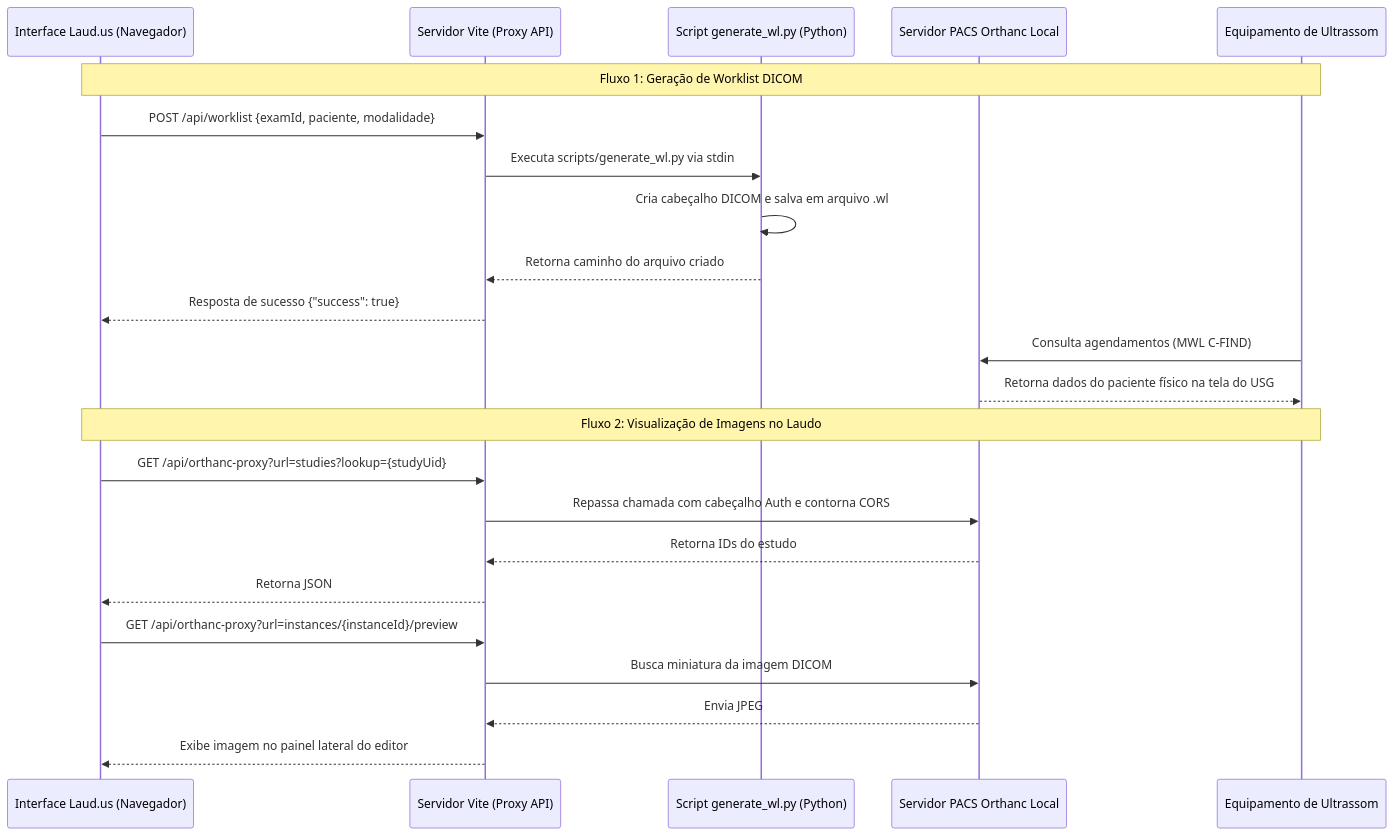
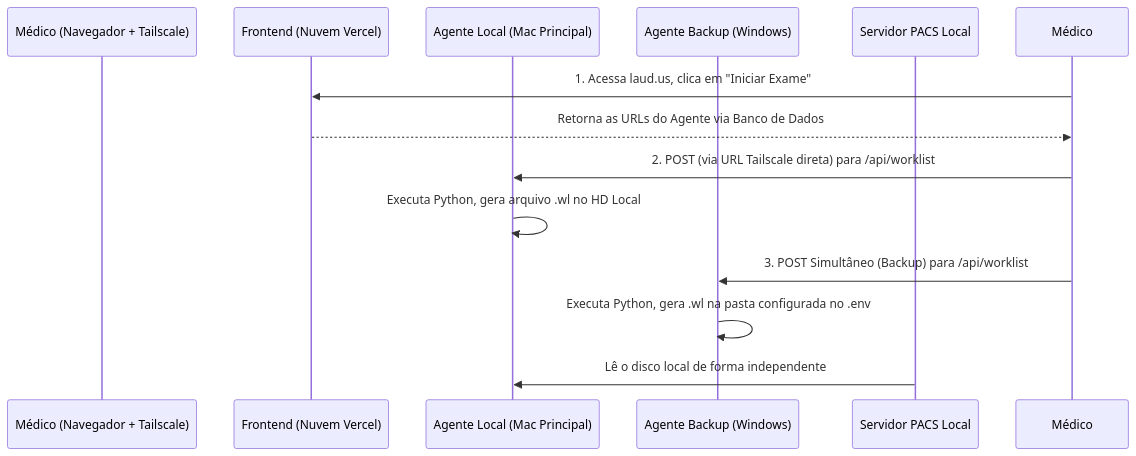
The diagram in README.md (Pires18/LAUDUS), drawn with Mermaid before and after one commit. The commit also changed other lines of this file and 1 other file, not shown here.

````diff
--- a/README.md
+++ b/README.md
@@ -151,27 +174,16 @@
 ```mermaid
 sequenceDiagram
-    participant UI as Interface Laud.us (Navegador)
-    participant Vite as Servidor Vite (Proxy API)
-    participant Py as Script generate_wl.py (Python)
-    participant Orthanc as Servidor PACS Orthanc Local
-    participant USG as Equipamento de Ultrassom
+    participant Médico (Navegador + Tailscale)
+    participant Vercel as Frontend (Nuvem Vercel)
+    participant Mac as Agente Local (Mac Principal)
+    participant Win as Agente Backup (Windows)
+    participant Orthanc as Servidor PACS Local
 
-    Note over UI,USG: Fluxo 1: Geração de Worklist DICOM
-    UI->>Vite: POST /api/worklist {examId, paciente, modalidade}
-    Vite->>Py: Executa scripts/generate_wl.py via stdin
-    Py->>Py: Cria cabeçalho DICOM e salva em arquivo .wl
-    Py-->>Vite: Retorna caminho do arquivo criado
-    Vite-->>UI: Resposta de sucesso {"success": true}
-    USG->>Orthanc: Consulta agendamentos (MWL C-FIND)
-    Orthanc-->>USG: Retorna dados do paciente físico na tela do USG
-
-    Note over UI,USG: Fluxo 2: Visualização de Imagens no Laudo
-    UI->>Vite: GET /api/orthanc-proxy?url=studies?lookup={studyUid}
-    Vite->>Orthanc: Repassa chamada com cabeçalho Auth e contorna CORS
-    Orthanc-->>Vite: Retorna IDs do estudo
-    Vite-->>UI: Retorna JSON
-    UI->>Vite: GET /api/orthanc-proxy?url=instances/{instanceId}/preview
-    Vite->>Orthanc: Busca miniatura da imagem DICOM
-    Orthanc-->>Vite: Envia JPEG
-    Vite-->>UI: Exibe imagem no painel lateral do editor
+    Médico->>Vercel: 1. Acessa laud.us, clica em "Iniciar Exame"
+    Vercel-->>Médico: Retorna as URLs do Agente via Banco de Dados
+    Médico->>Mac: 2. POST (via URL Tailscale direta) para /api/worklist
+    Mac->>Mac: Executa Python, gera arquivo .wl no HD Local
+    Médico->>Win: 3. POST Simultâneo (Backup) para /api/worklist
+    Win->>Win: Executa Python, gera .wl na pasta configurada no .env
+    Orthanc->>Mac: Lê o disco local de forma independente
 ```
````
